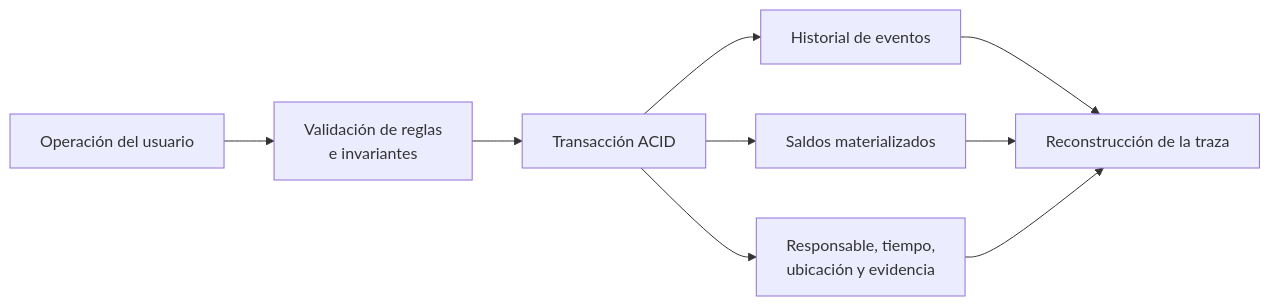
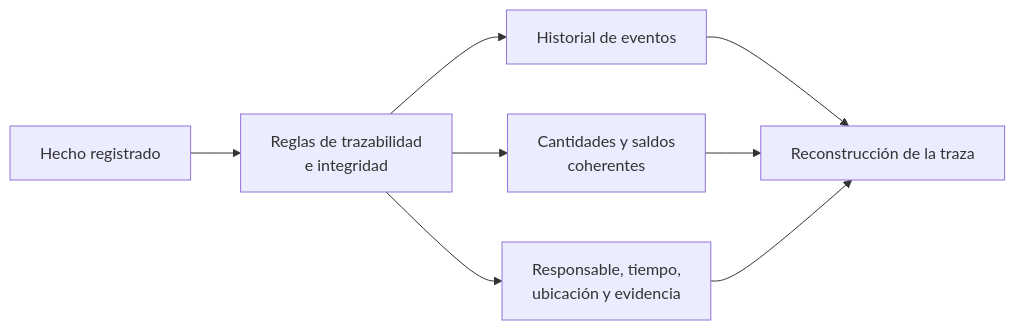
One commit to R3foresta/r3foresta-docs changed the third of 4 diagrams in documentacion-grado/06_entregables/perfil/PERFIL_PROYECTO_GRADO.md. Above: the diagram before and after it, drawn with Mermaid. The commit also changed other lines of this file and 12 other files, not shown here.

````diff
--- a/documentacion-grado/06_entregables/perfil/PERFIL_PROYECTO_GRADO.md
+++ b/documentacion-grado/06_entregables/perfil/PERFIL_PROYECTO_GRADO.md
@@ -346,11 +349,10 @@
 ```mermaid
 flowchart LR
-    O["Operación del usuario"] --> V["Validación de reglas<br/>e invariantes"]
-    V --> T["Transacción ACID"]
-    T --> E["Historial de eventos"]
-    T --> S["Saldos materializados"]
-    T --> D["Responsable, tiempo,<br/>ubicación y evidencia"]
+    O["Hecho registrado"] --> V["Reglas de trazabilidad<br/>e integridad"]
+    V --> E["Historial de eventos"]
+    V --> S["Cantidades y saldos<br/>coherentes"]
+    V --> D["Responsable, tiempo,<br/>ubicación y evidencia"]
     E --> Q["Reconstrucción de la traza"]
     S --> Q
     D --> Q
 ```
````
